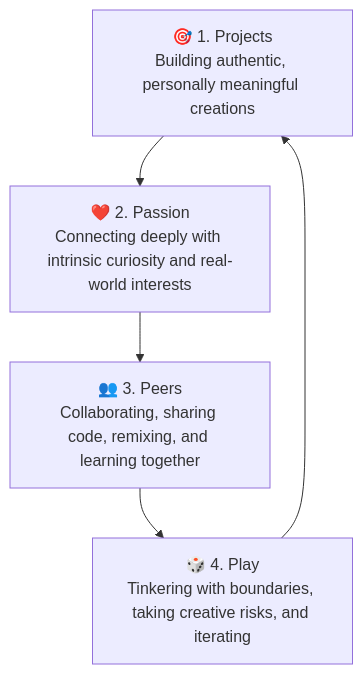
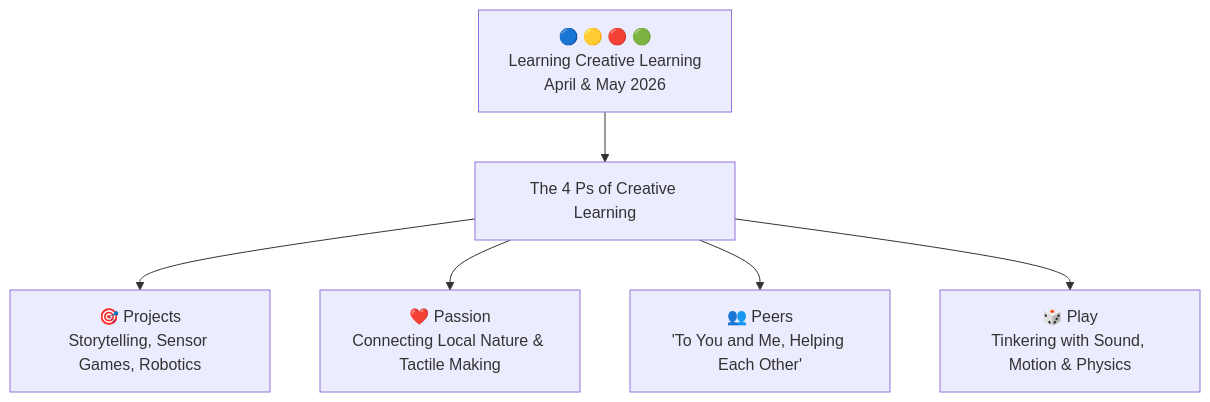
One commit to dhamodharankkp-oss/dhamodharan-kkp changed the diagram in projects/tinkering/creative-coding/octostudio-lcl.md. Above: the diagram before and after it, drawn with Mermaid. The commit also changed other lines of this file and 30 other files, not shown here.

Commit message:
Incorporate extensive details from LCL Reflection canvas (weekly flow, 4 Ps synthesis, peer collaboration, sensor storytelling, Aarvam lab)

````diff
--- a/projects/tinkering/creative-coding/octostudio-lcl.md
+++ b/projects/tinkering/creative-coding/octostudio-lcl.md
@@ -22,9 +15,8 @@
 ```mermaid
 flowchart TD
-    P1["🎯 1. Projects<br>Building authentic, personally meaningful creations"]
-    P2["❤️ 2. Passion<br>Connecting deeply with intrinsic curiosity and real-world interests"]
-    P3["👥 3. Peers<br>Collaborating, sharing code, remixing, and learning together"]
-    P4["🎲 4. Play<br>Tinkering with boundaries, taking creative risks, and iterating"]
-    
-    P1 --> P2 --> P3 --> P4 --> P1
+    A["🔵 🟡 🔴 🟢<br>Learning Creative Learning<br>April & May 2026"] --> B["The 4 Ps of Creative Learning"]
+    B --> P1["🎯 Projects<br>Storytelling, Sensor Games, Robotics"]
+    B --> P2["❤️ Passion<br>Connecting Local Nature & Tactile Making"]
+    B --> P3["👥 Peers<br>'To You and Me, Helping Each Other'"]
+    B --> P4["🎲 Play<br>Tinkering with Sound, Motion & Physics"]
 ```
````
